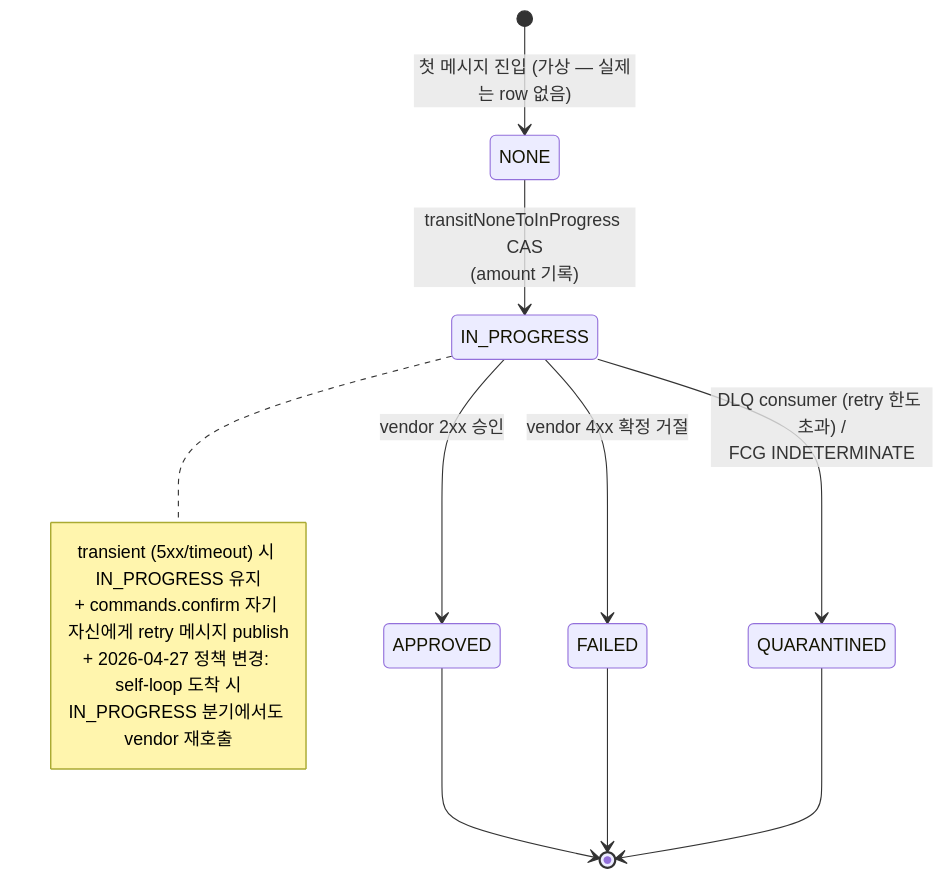
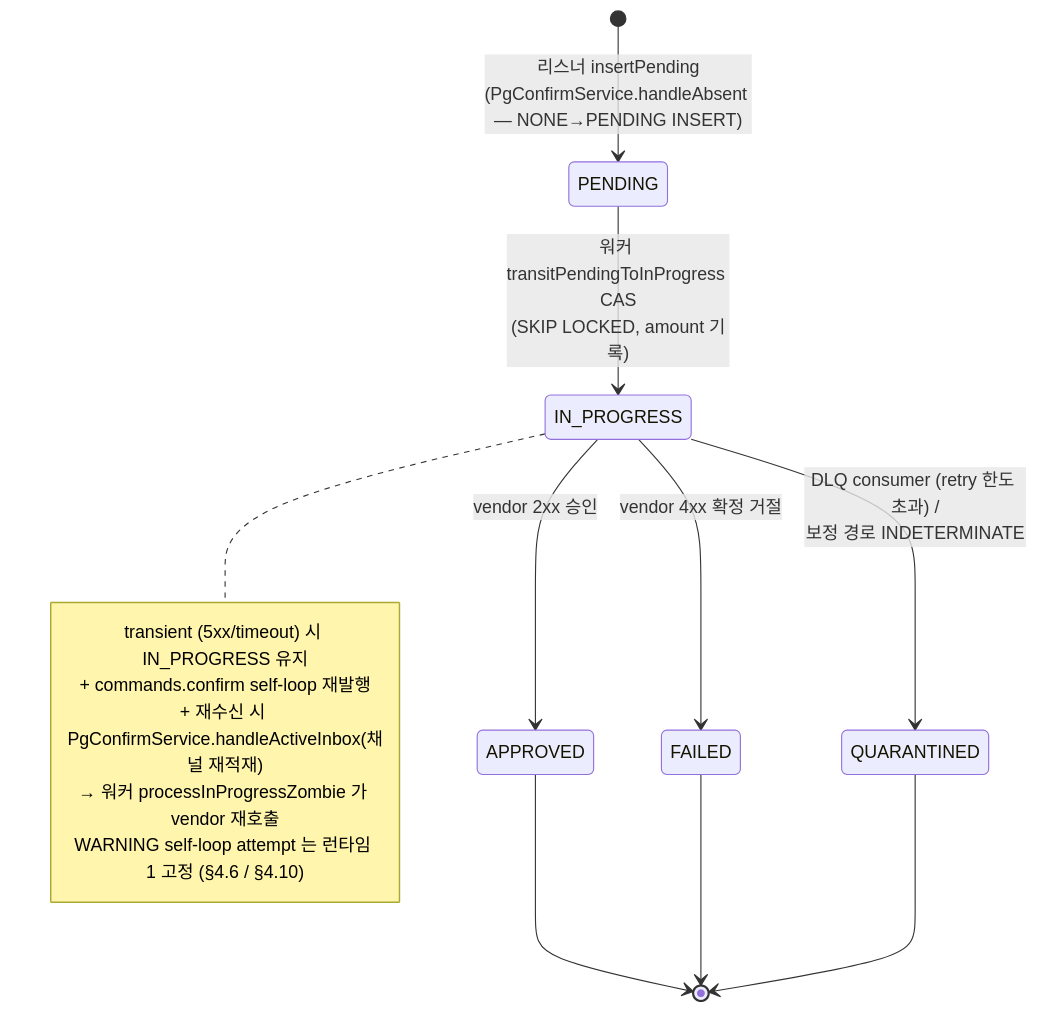
Before and after one commit to hyoguoo/payment-platform: the sixth of 10 diagrams in docs/context/PAYMENT-FLOW.md, drawn with Mermaid. The commit also changed other lines of this file and 1 other file, not shown here.

First line of the commit message:
docs: PAYMENT-FLOW·CONFIRM-FLOW 코드 정합 최신화

````diff
--- a/docs/context/PAYMENT-FLOW.md
+++ b/docs/context/PAYMENT-FLOW.md
@@ -230,21 +232,22 @@
 ```mermaid
 stateDiagram-v2
-    [*] --> NONE : 첫 메시지 진입 (가상 — 실제는 row 없음)
+    [*] --> PENDING : 리스너 insertPending<br/>(PgConfirmService.handleAbsent — NONE→PENDING INSERT)
 
-    NONE --> IN_PROGRESS : transitNoneToInProgress CAS<br/>(amount 기록)
+    PENDING --> IN_PROGRESS : 워커 transitPendingToInProgress CAS<br/>(SKIP LOCKED, amount 기록)
 
     IN_PROGRESS --> APPROVED : vendor 2xx 승인
     IN_PROGRESS --> FAILED : vendor 4xx 확정 거절
-    IN_PROGRESS --> QUARANTINED : DLQ consumer (retry 한도 초과) /<br/>FCG INDETERMINATE
+    IN_PROGRESS --> QUARANTINED : DLQ consumer (retry 한도 초과) /<br/>보정 경로 INDETERMINATE
 
     APPROVED --> [*]
     FAILED --> [*]
     QUARANTINED --> [*]
 
     note right of IN_PROGRESS
       transient (5xx/timeout) 시 IN_PROGRESS 유지
-      + commands.confirm 자기 자신에게 retry 메시지 publish
-      + 2026-04-27 정책 변경: self-loop 도착 시
-        IN_PROGRESS 분기에서도 vendor 재호출
+      + commands.confirm self-loop 재발행
+      + 재수신 시 PgConfirmService.handleActiveInbox(채널 재적재)
+        → 워커 processInProgressZombie 가 vendor 재호출
+      WARNING self-loop attempt 는 런타임 1 고정 (§4.6 / §4.10)
     end note
 ```
````
